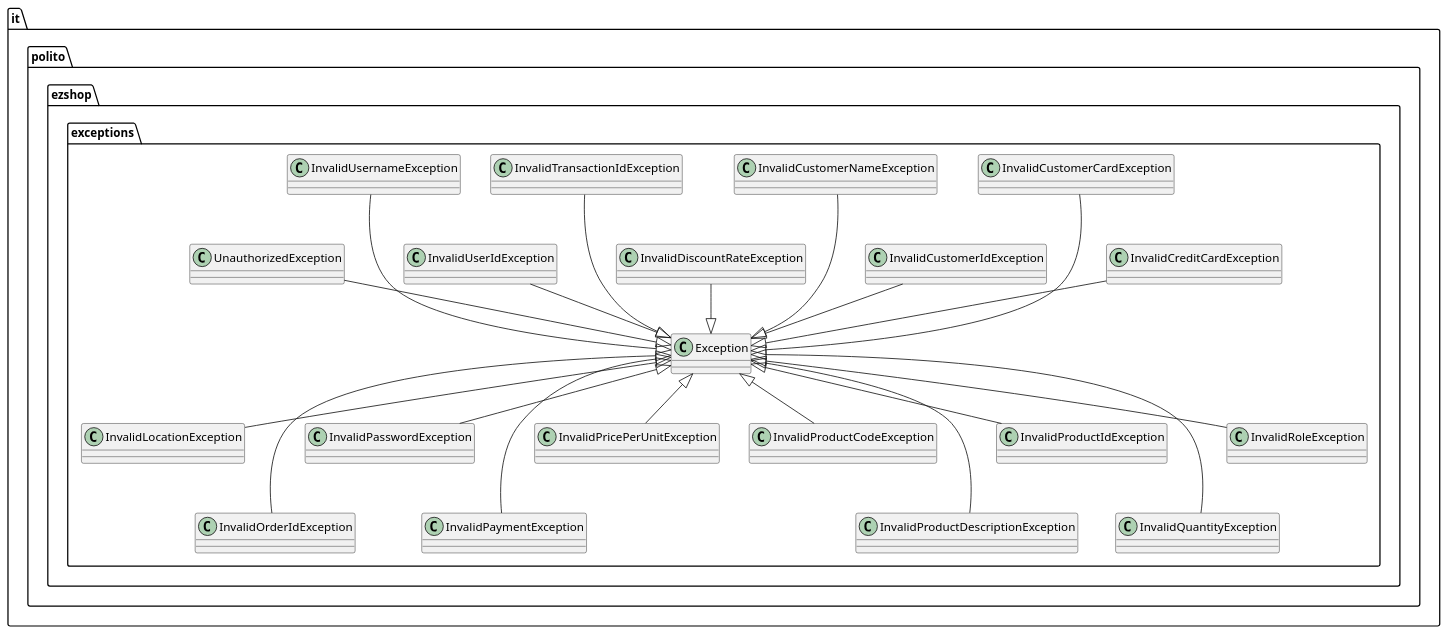
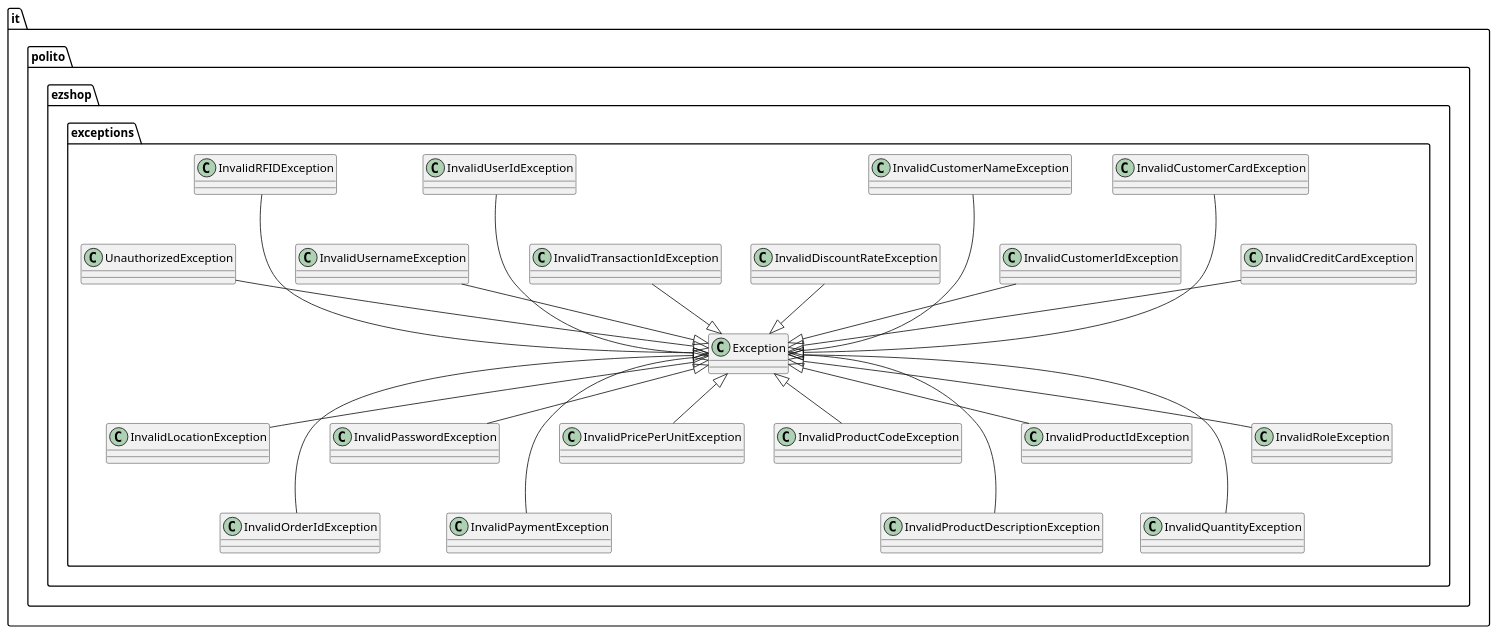
One commit to ThePiromaximus/ezshop changed the fourth of 19 diagrams in Deliverables/DesignDocument.md. Above: the diagram before and after it, drawn with PlantUML. The commit also changed other lines of this file and 5 other files, not shown here.

````diff
--- a/Deliverables/DesignDocument.md
+++ b/Deliverables/DesignDocument.md
@@ -260,29 +265,30 @@
 ```plantuml
 @startuml
 package it.polito.ezshop.exceptions {
     class "Exception" as E
     InvalidCreditCardException -down-|> E
     InvalidCustomerCardException -down--|> E
     InvalidCustomerIdException -down-|> E
     InvalidCustomerNameException -down--|> E
     InvalidDiscountRateException -down-|> E
 
     InvalidLocationException -up-|> E
     InvalidOrderIdException -up--|> E
     InvalidPasswordException -up-|> E
     InvalidPaymentException -up--|> E
     InvalidPricePerUnitException -up-|> E
 
     InvalidProductCodeException -up-|> E
     InvalidProductDescriptionException -up--|> E
     InvalidProductIdException -up-|> E
     InvalidQuantityException -up--|> E
     InvalidRoleException -up-|> E
 
-    InvalidTransactionIdException -down--|> E
-    InvalidUserIdException -down-|> E
-    InvalidUsernameException -down--|> E
+    InvalidTransactionIdException -down-|> E
+    InvalidUserIdException -down--|> E
+    InvalidUsernameException -down-|> E
+    InvalidRFIDException -down--|> E
     UnauthorizedException -down-|> E
 }
 @enduml
 ```
````
